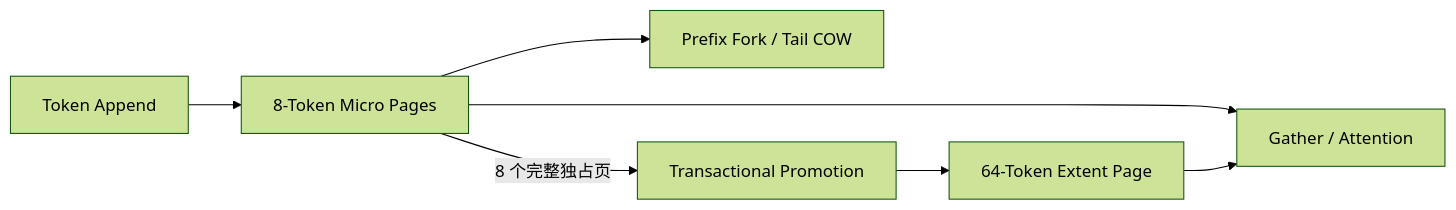
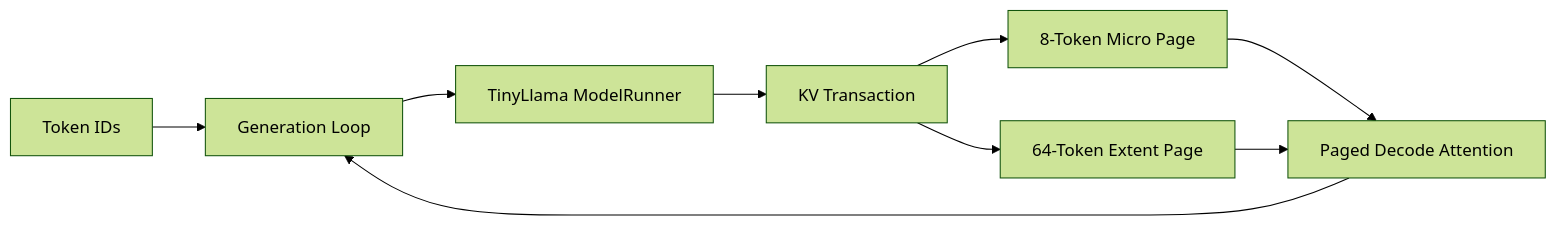
Before and after one commit to kimxinw/kim-kvcache: the diagram in README.md, drawn with Mermaid (forest theme). The commit also changed other lines of this file and 16 other files, not shown here.

````diff
--- a/README.md
+++ b/README.md
@@ -8,9 +6,11 @@
 ```mermaid
 graph LR
-    A[Token Append] --> B[8-Token Micro Pages]
-    B --> C[Prefix Fork / Tail COW]
-    B -->|8 个完整独占页| D[Transactional Promotion]
-    D --> E[64-Token Extent Page]
-    B --> F[Gather / Attention]
-    E --> F
+    A[Token IDs] --> B[Generation Loop]
+    B --> C[TinyLlama ModelRunner]
+    C --> D[KV Transaction]
+    D --> E[8-Token Micro Page]
+    D --> F[64-Token Extent Page]
+    E --> G[Paged Decode Attention]
+    F --> G
+    G --> B
 ```
````
